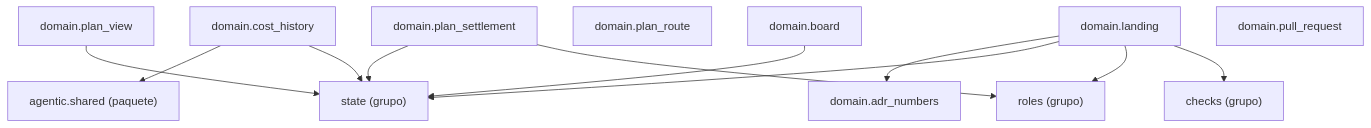
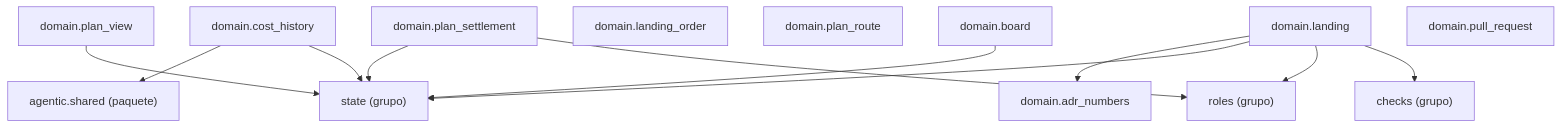
One commit to GonzaloZevallos/agentic-system changed the diagram in docs/architecture/generated/packages-process-domain-landing.md. Above: the diagram before and after it, drawn with Mermaid. The commit also changed 8 other files, not shown here.

First line of the commit message:
Add the landing order's domain: head, waits_on_human, HUMAN_OWNED_REFUSALS

````diff
--- a/docs/architecture/generated/packages-process-domain-landing.md
+++ b/docs/architecture/generated/packages-process-domain-landing.md
@@ -11,25 +11,26 @@
 ```mermaid
 graph TD
     g_domain__checks["checks (grupo)"]
     g_domain__roles["roles (grupo)"]
     g_domain__state["state (grupo)"]
     g_pkg__agentic__shared["agentic.shared (paquete)"]
     m_domain__adr_numbers["domain.adr_numbers"]
     m_domain__board["domain.board"]
     m_domain__cost_history["domain.cost_history"]
     m_domain__landing["domain.landing"]
+    m_domain__landing_order["domain.landing_order"]
     m_domain__plan_route["domain.plan_route"]
     m_domain__plan_settlement["domain.plan_settlement"]
     m_domain__plan_view["domain.plan_view"]
     m_domain__pull_request["domain.pull_request"]
     m_domain__board --> g_domain__state
     m_domain__cost_history --> g_domain__state
     m_domain__cost_history --> g_pkg__agentic__shared
     m_domain__landing --> g_domain__checks
     m_domain__landing --> g_domain__roles
     m_domain__landing --> g_domain__state
     m_domain__landing --> m_domain__adr_numbers
     m_domain__plan_settlement --> g_domain__roles
     m_domain__plan_settlement --> g_domain__state
     m_domain__plan_view --> g_domain__state
 ```
````
